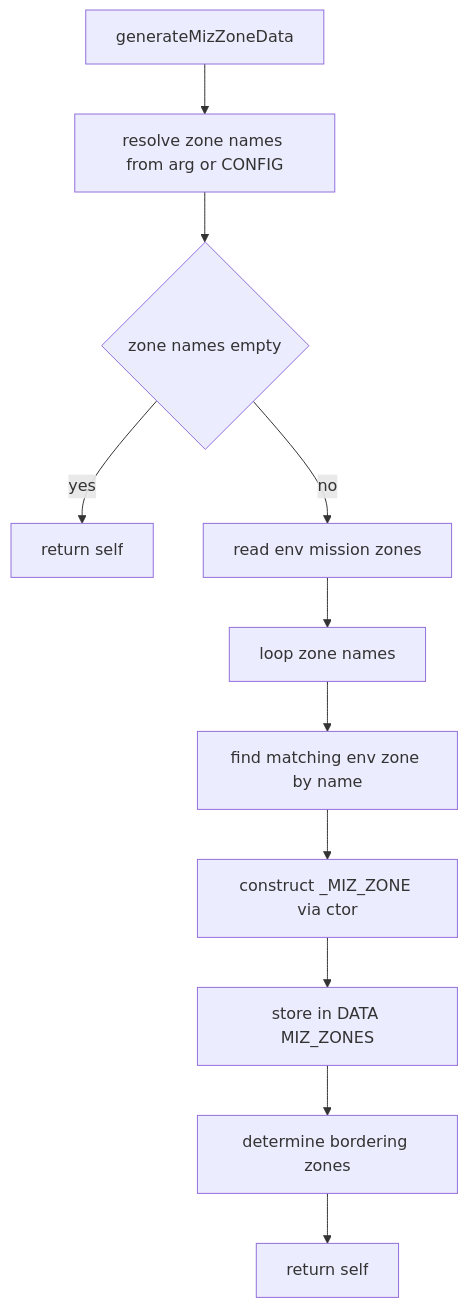
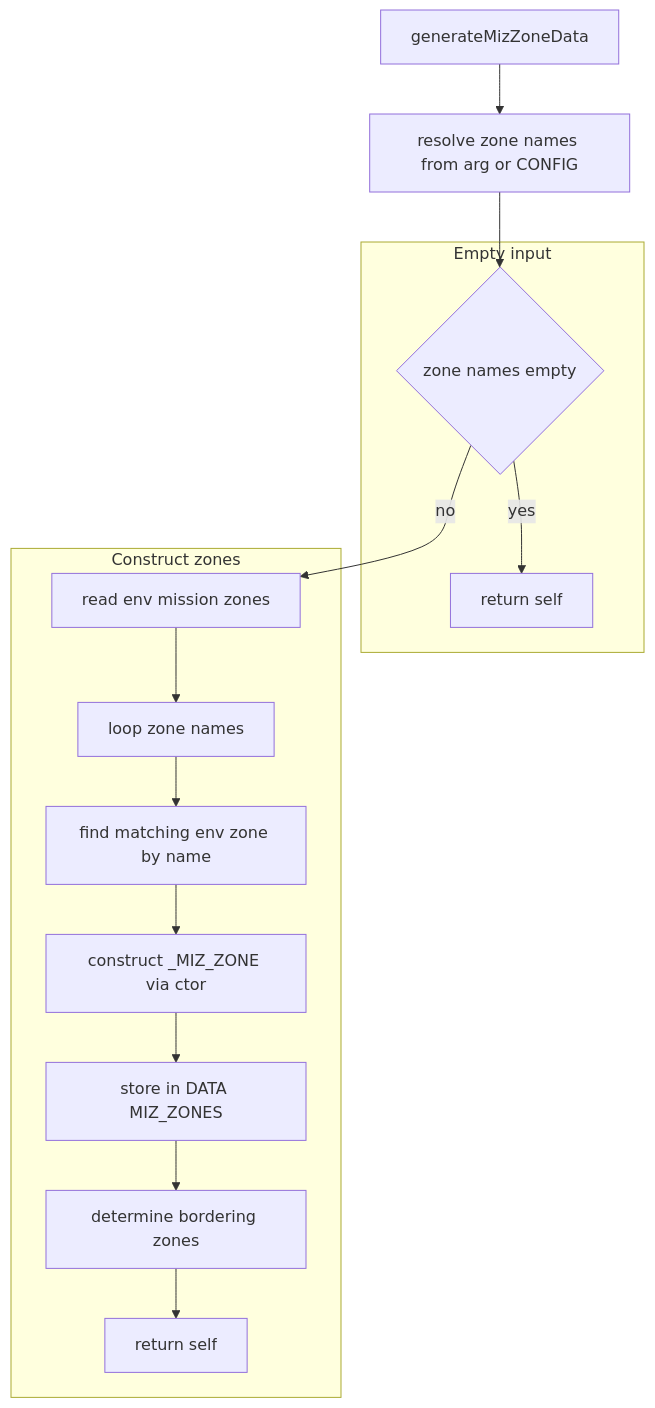
One commit to Gh0st352/AETHR changed the second of 7 diagrams in docs/zone_manager/zone_data.md. Above: the diagram before and after it, drawn with Mermaid. The commit also changed other lines of this file and 6 other files, not shown here.

Commit message:
docs(zone_manager, mermaid): normalize headings, restructure Mermaid diagrams, and add shared theme & class annotations

````diff
--- a/docs/zone_manager/zone_data.md
+++ b/docs/zone_manager/zone_data.md
@@ -52,13 +61,22 @@
 ```mermaid
+%% shared theme: docs/_mermaid/theme.json %%
 flowchart TD
   G1[generateMizZoneData] --> G2[resolve zone names from arg or CONFIG]
   G2 --> G3{zone names empty}
-  G3 -->|yes| G4[return self]
-  G3 -->|no| G5[read env mission zones]
-  G5 --> G6[loop zone names]
-  G6 --> G7[find matching env zone by name]
-  G7 --> G8[construct _MIZ_ZONE via ctor]
-  G8 --> G9[store in DATA MIZ_ZONES]
-  G9 --> G10[determine bordering zones]
-  G10 --> G11[return self]
+  subgraph "Empty input"
+    G3 -->|yes| G4[return self]
+  end
+  subgraph "Construct zones"
+    G3 -->|no| G5[read env mission zones]
+    G5 --> G6[loop zone names]
+    G6 --> G7[find matching env zone by name]
+    G7 --> G8[construct _MIZ_ZONE via ctor]
+    G8 --> G9[store in DATA MIZ_ZONES]
+    G9 --> G10[determine bordering zones]
+    G10 --> G11[return self]
+  end
+  class G1,G2,G5,G6,G7,G8,G9,G10 class_step;
+  class G3 class_decision;
+  class G4,G11 class_result;
+  class G5 class_io;
 ```
````
